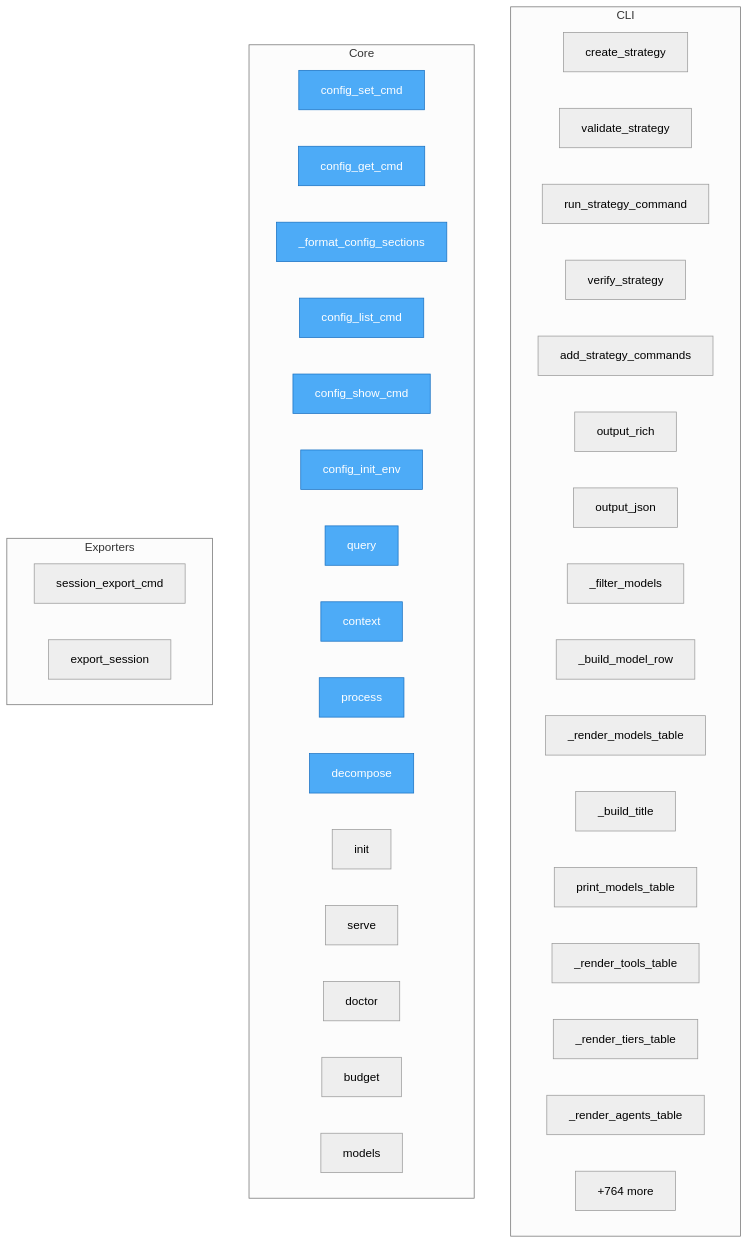
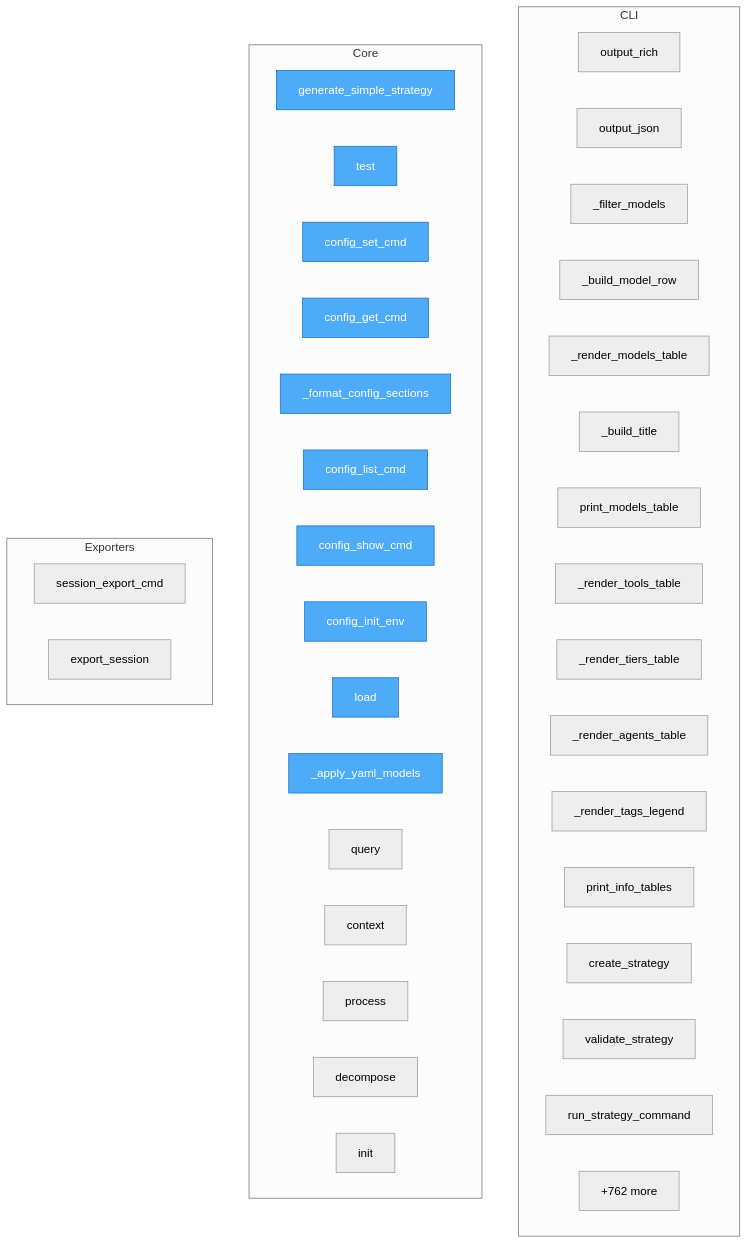
Before and after one commit to semcod/llx: the diagram in project/flow.mmd, drawn with Mermaid (neutral theme). The commit also changed 50 other files, not shown here.

```diff
--- a/project/flow.mmd
+++ b/project/flow.mmd
@@ -1,49 +1,49 @@
 flowchart TD
 
     %% Entry points (blue)
     classDef entry fill:#4dabf7,stroke:#1971c2,color:#fff
 
     subgraph CLI
-        llx__cli__strategy_commands__create_strategy["create_strategy"]
-        llx__cli__strategy_commands__validate_strategy["validate_strategy"]
-        llx__cli__strategy_commands__run_strategy_command["run_strategy_command"]
-        llx__cli__strategy_commands__verify_strategy["verify_strategy"]
-        llx__cli__strategy_commands__add_strategy_commands["add_strategy_commands"]
         llx__cli__formatters__output_rich["output_rich"]
         llx__cli__formatters__output_json["output_json"]
         llx__cli__formatters___filter_models["_filter_models"]
         llx__cli__formatters___build_model_row["_build_model_row"]
         llx__cli__formatters___render_models_table["_render_models_table"]
         llx__cli__formatters___build_title["_build_title"]
         llx__cli__formatters__print_models_table["print_models_table"]
         llx__cli__formatters___render_tools_table["_render_tools_table"]
         llx__cli__formatters___render_tiers_table["_render_tiers_table"]
         llx__cli__formatters___render_agents_table["_render_agents_table"]
-        ...["+20 more"]
+        llx__cli__formatters___render_tags_legend["_render_tags_legend"]
+        llx__cli__formatters__print_info_tables["print_info_tables"]
+        llx__cli__strategy_commands__create_strategy["create_strategy"]
+        llx__cli__strategy_commands__validate_strategy["validate_strategy"]
+        llx__cli__strategy_commands__run_strategy_command["run_strategy_command"]
+        ...["+24 more"]
     end
 
     subgraph Core
+        simple_generate__generate_simple_strategy["generate_simple_strategy"]
+        trace__test["test"]
         llx__prellm__cli_config__config_set_cmd["config_set_cmd"]
         llx__prellm__cli_config__config_get_cmd["config_get_cmd"]
         llx__prellm__cli_config___format_config_sections["_format_config_sections"]
         llx__prellm__cli_config__config_list_cmd["config_list_cmd"]
         llx__prellm__cli_config__config_show_cmd["config_show_cmd"]
         llx__prellm__cli_config__config_init_env["config_init_env"]
+        llx__config__LlxConfig__load["load"]
+        llx__config___apply_yaml_models["_apply_yaml_models"]
         llx__prellm__cli__query["query"]
         llx__prellm__cli__context["context"]
         llx__prellm__cli__process["process"]
         llx__prellm__cli__decompose["decompose"]
         llx__prellm__cli__init["init"]
-        llx__prellm__cli__serve["serve"]
-        llx__prellm__cli__doctor["doctor"]
-        llx__prellm__cli__budget["budget"]
-        llx__prellm__cli__models["models"]
-        ...["+764 more"]
+        ...["+762 more"]
     end
 
     subgraph Exporters
         llx__prellm__cli__session_export_cmd["session_export_cmd"]
         llx__prellm__context__user_memory__UserMemory__export_session["export_session"]
     end
 
-    class llx__prellm__cli_config__config_set_cmd,llx__prellm__cli_config__config_get_cmd,llx__prellm__cli_config___format_config_sections,llx__prellm__cli_config__config_list_cmd,llx__prellm__cli_config__config_show_cmd,llx__prellm__cli_config__config_init_env,llx__prellm__cli__query,llx__prellm__cli__context,llx__prellm__cli__process,llx__prellm__cli__decompose entry
+    class simple_generate__generate_simple_strategy,trace__test,llx__prellm__cli_config__config_set_cmd,llx__prellm__cli_config__config_get_cmd,llx__prellm__cli_config___format_config_sections,llx__prellm__cli_config__config_list_cmd,llx__prellm__cli_config__config_show_cmd,llx__prellm__cli_config__config_init_env,llx__config__LlxConfig__load,llx__config___apply_yaml_models entry
```
